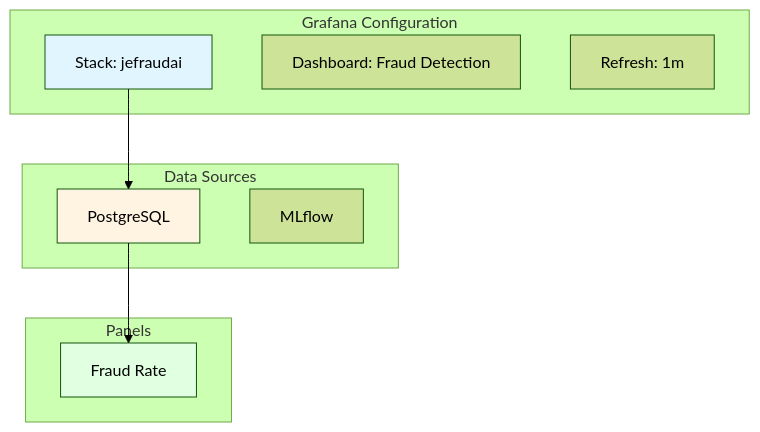
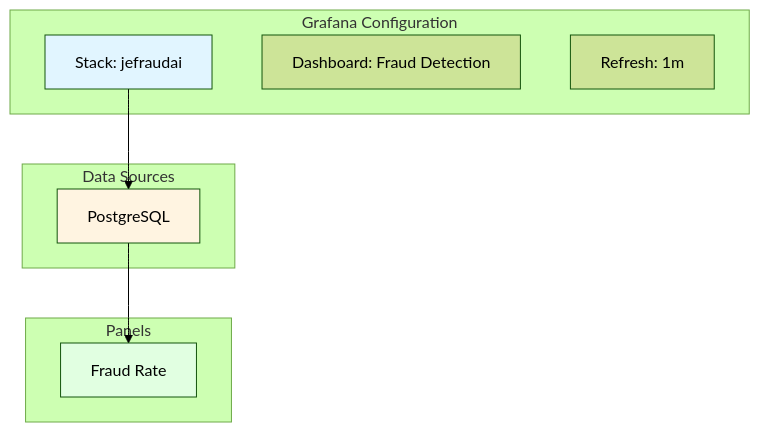
Before and after one commit to jefraudai/jefraudai: the tenth of 16 diagrams in Services/docsify/docs/deployment.md, drawn with Mermaid (forest theme). The commit also changed other lines of this file and 4 other files, not shown here.

Commit message:
Documentation - Remove duplicated schema

````diff
--- a/Services/docsify/docs/deployment.md
+++ b/Services/docsify/docs/deployment.md
@@ -357,24 +352,23 @@
 ```mermaid
 graph TD
     subgraph "Grafana Configuration"
         GC1[Stack: jefraudai]
         GC2[Dashboard: Fraud Detection]
         GC3[Refresh: 1m]
     end
     
     subgraph "Data Sources"
         DS1[PostgreSQL]
-        DS3[MLflow]
     end
     
     subgraph "Panels"
         PN1[Fraud Rate]
     end
     
     GC1 --> DS1
     DS1 --> PN1
     
     style GC1 fill:#e1f5ff
     style DS1 fill:#fff4e1
     style PN1 fill:#e1ffe1
 ```
````
